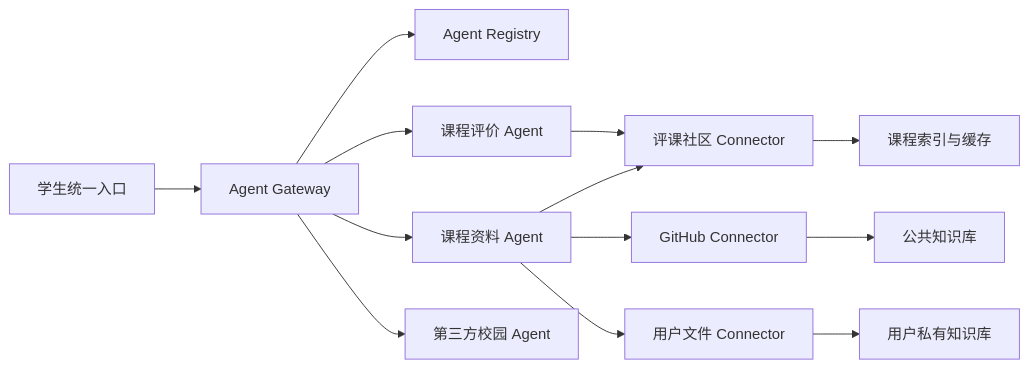
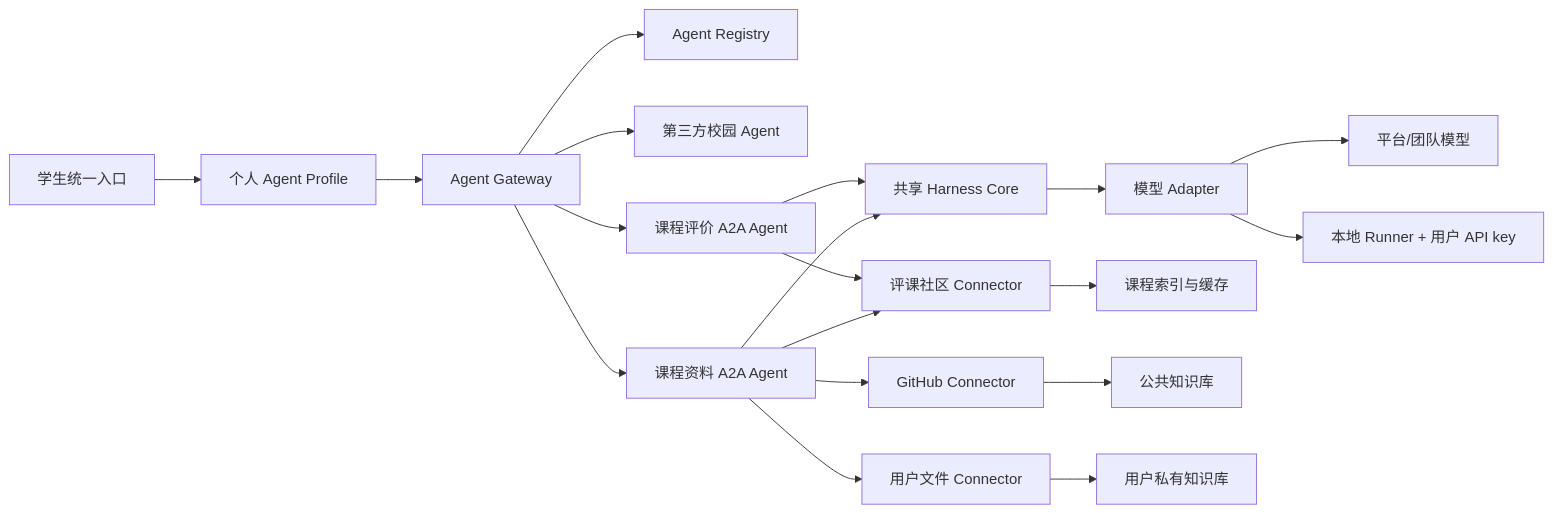
The diagram in README.md (xytsakura/ai-for-better-life-in-ustc), drawn with Mermaid before and after one commit. The commit also changed other lines of this file and 15 other files, not shown here.

Commit message:
docs: add personal agent harness and hybrid model runtime

````diff
--- a/README.md
+++ b/README.md
@@ -45,15 +53,21 @@
 ```mermaid
 flowchart LR
-    U["学生统一入口"] --> G["Agent Gateway"]
+    U["学生统一入口"] --> PROFILE["个人 Agent Profile"]
+    PROFILE --> G["Agent Gateway"]
     G --> R["Agent Registry"]
-    G --> A1["课程评价 Agent"]
-    G --> A2["课程资料 Agent"]
     G --> AX["第三方校园 Agent"]
+    G --> A1["课程评价 A2A Agent"]
+    G --> A2["课程资料 A2A Agent"]
+    A1 --> H["共享 Harness Core"]
+    A2 --> H
+    H --> M["模型 Adapter"]
+    M --> MP["平台/团队模型"]
+    M --> LR["本地 Runner + 用户 API key"]
     A1 --> C1["评课社区 Connector"]
     A2 --> C1
     A2 --> C2["GitHub Connector"]
     A2 --> C3["用户文件 Connector"]
     C1 --> D["课程索引与缓存"]
     C2 --> K["公共知识库"]
-    C3 --> P["用户私有知识库"]
+    C3 --> PRIVATE_KB["用户私有知识库"]
 ```
````
